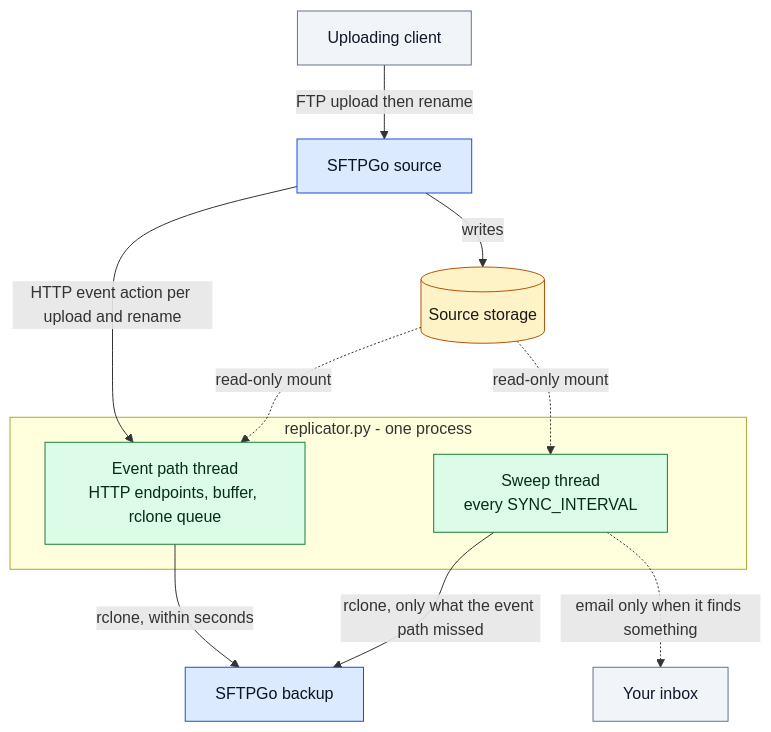
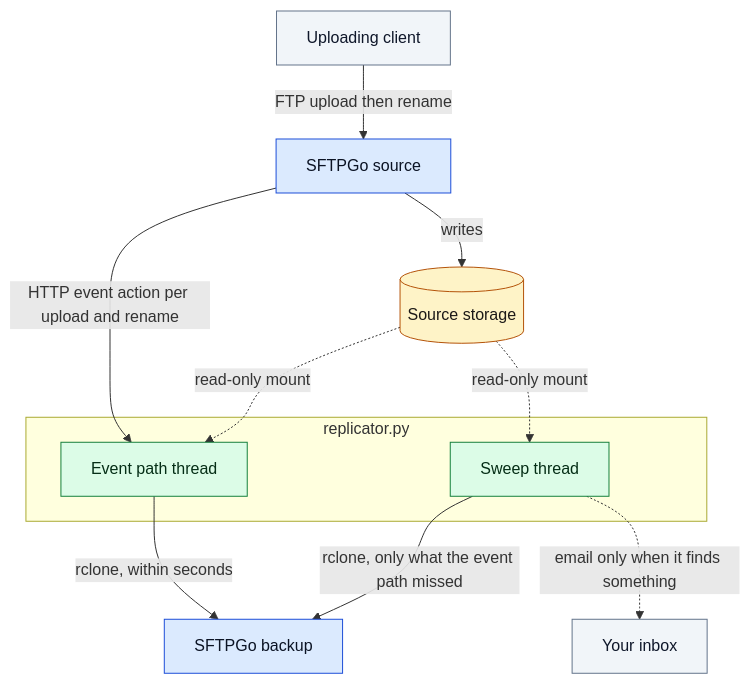
One commit to andrebrait/ftp-replicator changed the diagram in README.md. Above: the diagram before and after it, drawn with Mermaid.

Commit message:
docs: no markup in the mermaid labels
GitHub strips HTML inside the fenced block instead of rendering it, so <br>
ran the two halves of a label together. Same preprocessing that broke the
earlier &quot; labels. Node labels are plain text and short now.

````diff
--- a/README.md
+++ b/README.md
@@ -11,33 +11,33 @@
 ```mermaid
 flowchart TD
     client[Uploading client]
     source[SFTPGo source]
     store[(Source storage)]
-    daemon[Event path thread<br>HTTP endpoints, buffer, rclone queue]
-    sweep[Sweep thread<br>every SYNC_INTERVAL]
+    daemon[Event path thread]
+    sweep[Sweep thread]
     backup[SFTPGo backup]
     inbox[Your inbox]
 
     client -->|FTP upload then rename| source
     source -->|writes| store
     source -->|HTTP event action per upload and rename| daemon
     store -.->|read-only mount| daemon
     store -.->|read-only mount| sweep
     daemon -->|rclone, within seconds| backup
     sweep -->|rclone, only what the event path missed| backup
     sweep -.->|email only when it finds something| inbox
 
-    subgraph proc [replicator.py - one process]
+    subgraph proc [replicator.py]
         daemon
         sweep
     end
 
     classDef sftpgo fill:#dbeafe,stroke:#1d4ed8,color:#0b1324
     classDef ours fill:#dcfce7,stroke:#15803d,color:#052e16
     classDef outside fill:#f1f5f9,stroke:#64748b,color:#0f172a
     classDef disk fill:#fef3c7,stroke:#b45309,color:#1c1917
     class source,backup sftpgo
     class daemon,sweep ours
     class client,inbox outside
     class store disk
 ```
````
